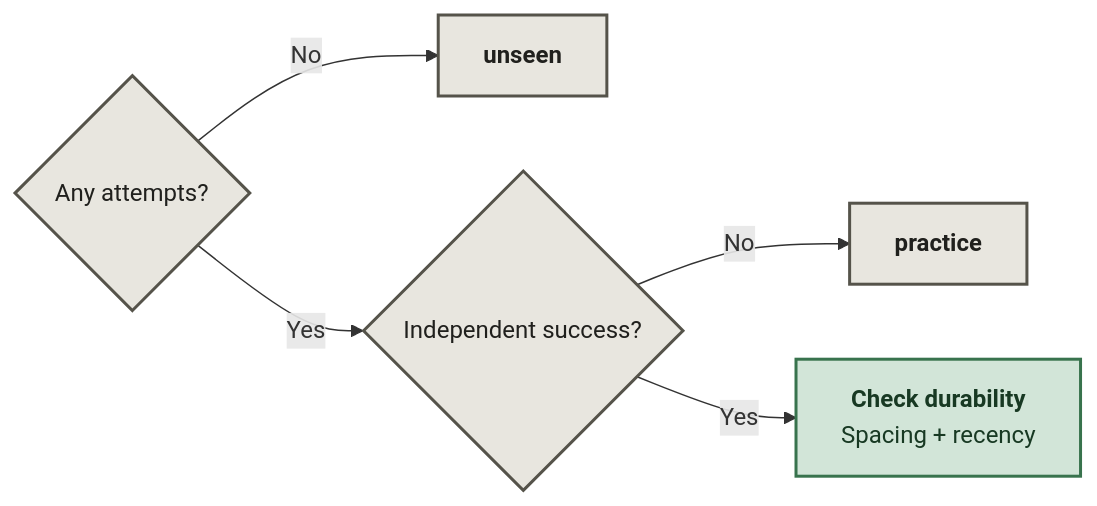
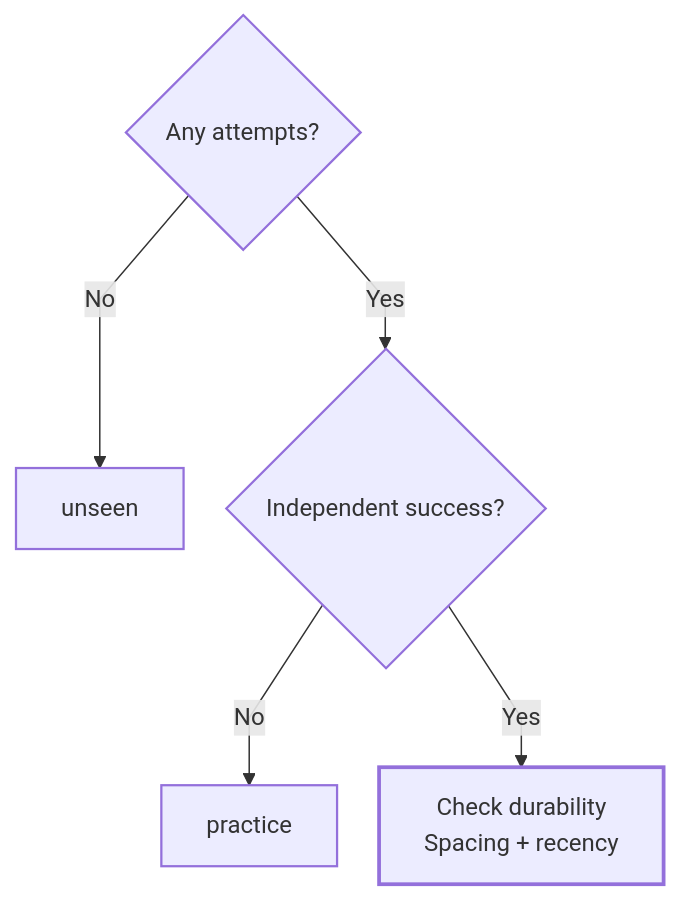
One commit to Niyam-Paneru/learning-evidence-core changed the first of 2 diagrams in README.md. Above: the diagram before and after it, drawn with Mermaid. The commit also changed other lines of this file, not shown here.

Commit message:
Improve Mermaid layout and light-dark theme readability

````diff
--- a/README.md
+++ b/README.md
@@ -11,11 +11,20 @@
 ```mermaid
-flowchart LR
-    A{"Any attempts?"} -- No --> U["<b>unseen</b>"]
+---
+config:
+  flowchart:
+    curve: linear
+    nodeSpacing: 28
+    rankSpacing: 42
+---
+flowchart TB
+    accTitle: Evidence: start with the attempts for one skill
+    accDescr: Decision flow for evidence: start with the attempts for one skill.
+    A{"Any attempts?"} -- No --> U["unseen"]
     A -- Yes --> S{"Independent success?"}
-    S -- No --> P["<b>practice</b>"]
-    S -- Yes --> Q["<b>Check durability</b><br/>Spacing + recency"]
-    classDef input fill:#e8e6df,stroke:#55534a,color:#20201d,stroke-width:2px;
-    classDef pass fill:#d2e5d8,stroke:#38734d,color:#183923,stroke-width:2px;
+    S -- No --> P["practice"]
+    S -- Yes --> Q["Check durability<br/>Spacing + recency"]
+    classDef input stroke-width:1.5px;
+    classDef pass stroke-width:2.5px;
     class A,S,U,P input;
     class Q pass;
 ```
````
